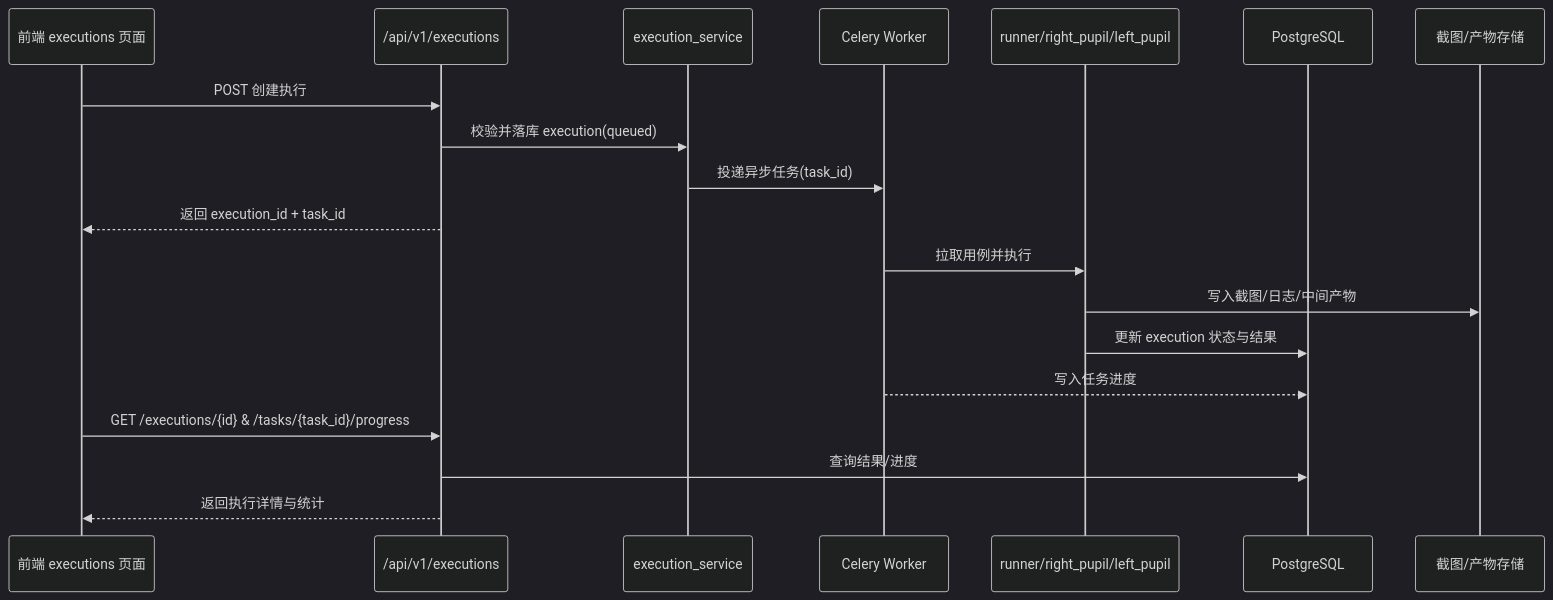
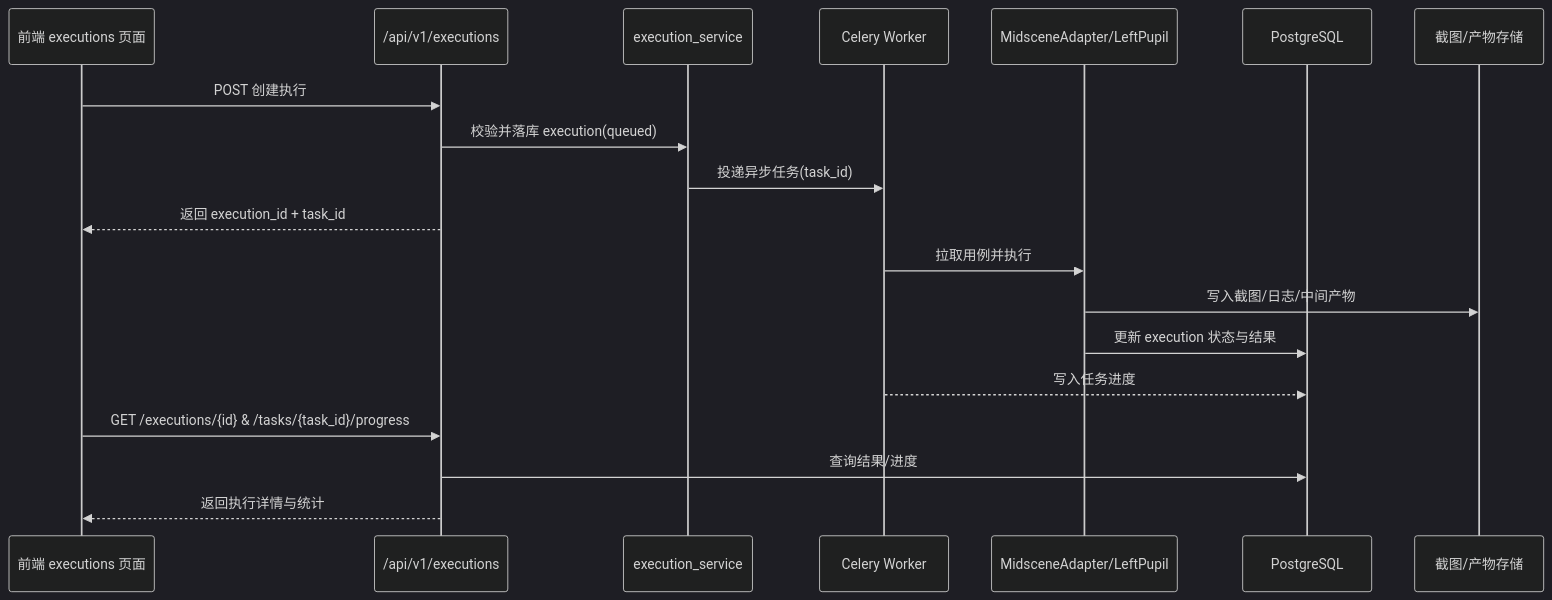
Before and after one commit to Little-H-lying-flat/ChongMing: the second of 2 diagrams in docs/模块全景说明书.md, drawn with Mermaid (dark theme). The commit also changed other lines of this file and 144 other files, not shown here.

````diff
--- a/docs/模块全景说明书.md
+++ b/docs/模块全景说明书.md
@@ -327,24 +326,24 @@
 ```mermaid
 sequenceDiagram
     participant UI as 前端 executions 页面
     participant API as /api/v1/executions
     participant SVC as execution_service
     participant CELERY as Celery Worker
-    participant ENG as runner/right_pupil/left_pupil
+    participant ENG as MidsceneAdapter/LeftPupil
     participant DB as PostgreSQL
     participant FS as 截图/产物存储
 
     UI->>API: POST 创建执行
     API->>SVC: 校验并落库 execution(queued)
     SVC->>CELERY: 投递异步任务(task_id)
     API-->>UI: 返回 execution_id + task_id
 
     CELERY->>ENG: 拉取用例并执行
     ENG->>FS: 写入截图/日志/中间产物
     ENG->>DB: 更新 execution 状态与结果
     CELERY-->>DB: 写入任务进度
 
     UI->>API: GET /executions/{id} & /tasks/{task_id}/progress
     API->>DB: 查询结果/进度
     API-->>UI: 返回执行详情与统计
 ```
````
